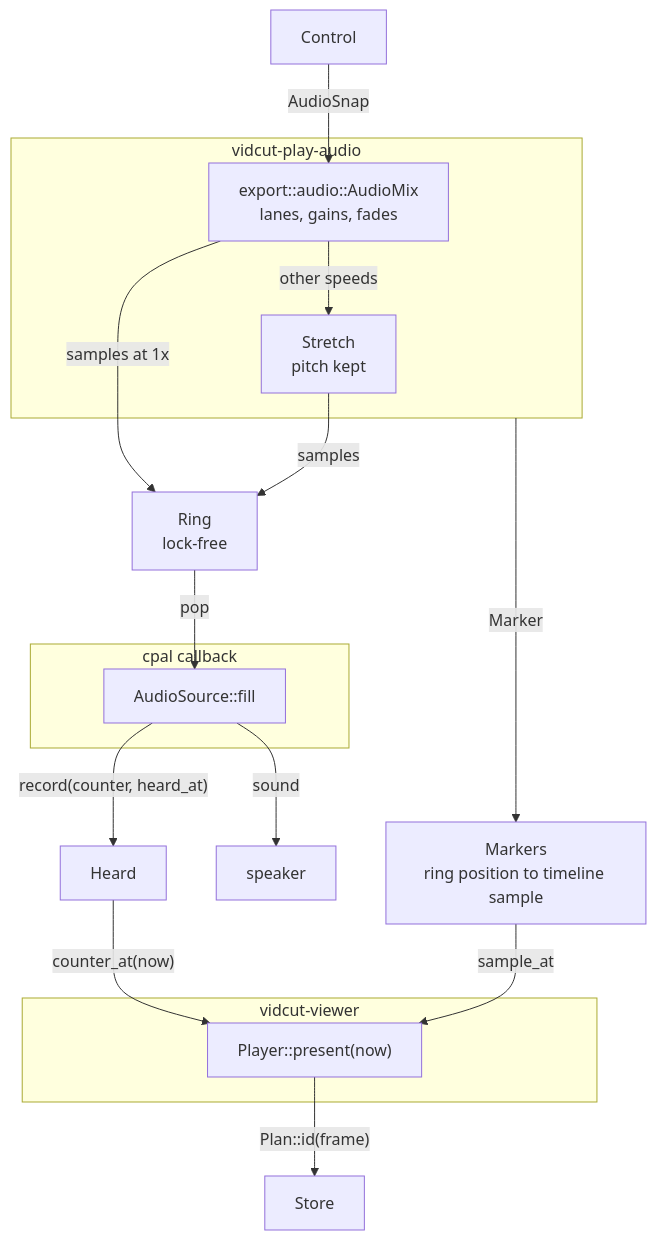
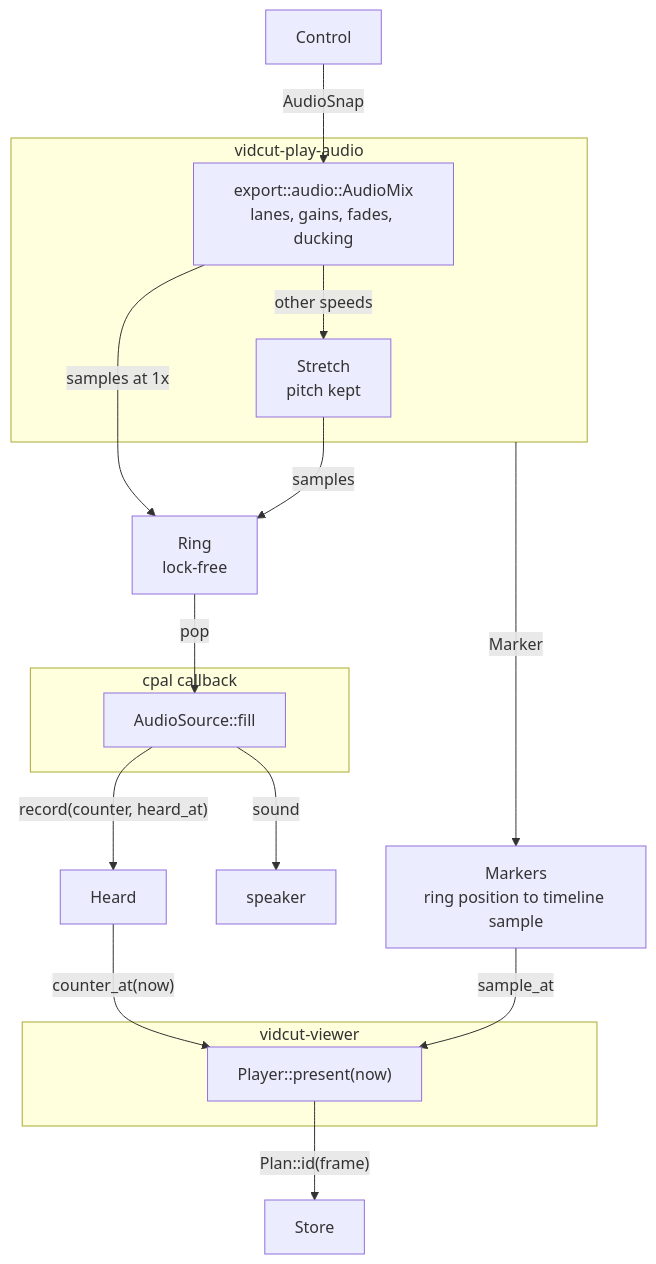
The second of 2 diagrams in docs/design/playback.md (oittaa/vidcut), drawn with Mermaid before and after one commit. The commit also changed other lines of this file and 39 other files, not shown here.

````diff
--- a/docs/design/playback.md
+++ b/docs/design/playback.md
@@ -155,24 +155,24 @@
 ```mermaid
 flowchart TD
   ctl["Control"] -- "AudioSnap" --> mix
   subgraph audio["vidcut-play-audio"]
-    mix["export::audio::AudioMix<br>lanes, gains, fades"]
+    mix["export::audio::AudioMix<br>lanes, gains, fades, ducking"]
     stretch["Stretch<br>pitch kept"]
   end
   mix -- "samples at 1x" --> ring["Ring<br>lock-free"]
   mix -- "other speeds" --> stretch
   stretch -- "samples" --> ring
   audio -- "Marker" --> markers["Markers<br>ring position to timeline sample"]
   subgraph device["cpal callback"]
     fill["AudioSource::fill"]
   end
   ring -- "pop" --> fill
   fill -- "sound" --> speaker["speaker"]
   fill -- "record(counter, heard_at)" --> heard["Heard"]
   subgraph viewer["vidcut-viewer"]
     pres["Player::present(now)"]
   end
   heard -- "counter_at(now)" --> pres
   markers -- "sample_at" --> pres
   pres -- "Plan::id(frame)" --> store["Store"]
 ```
````
